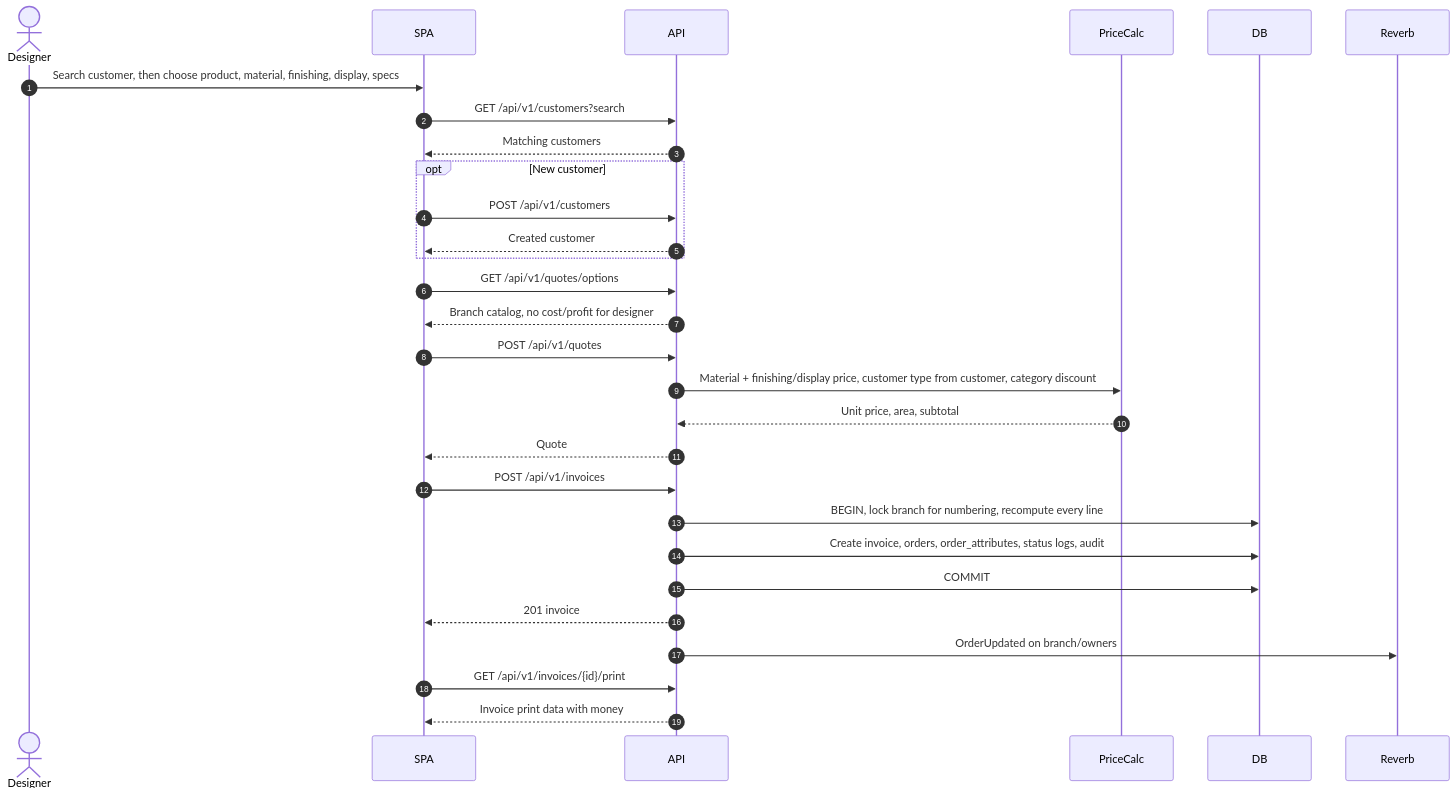
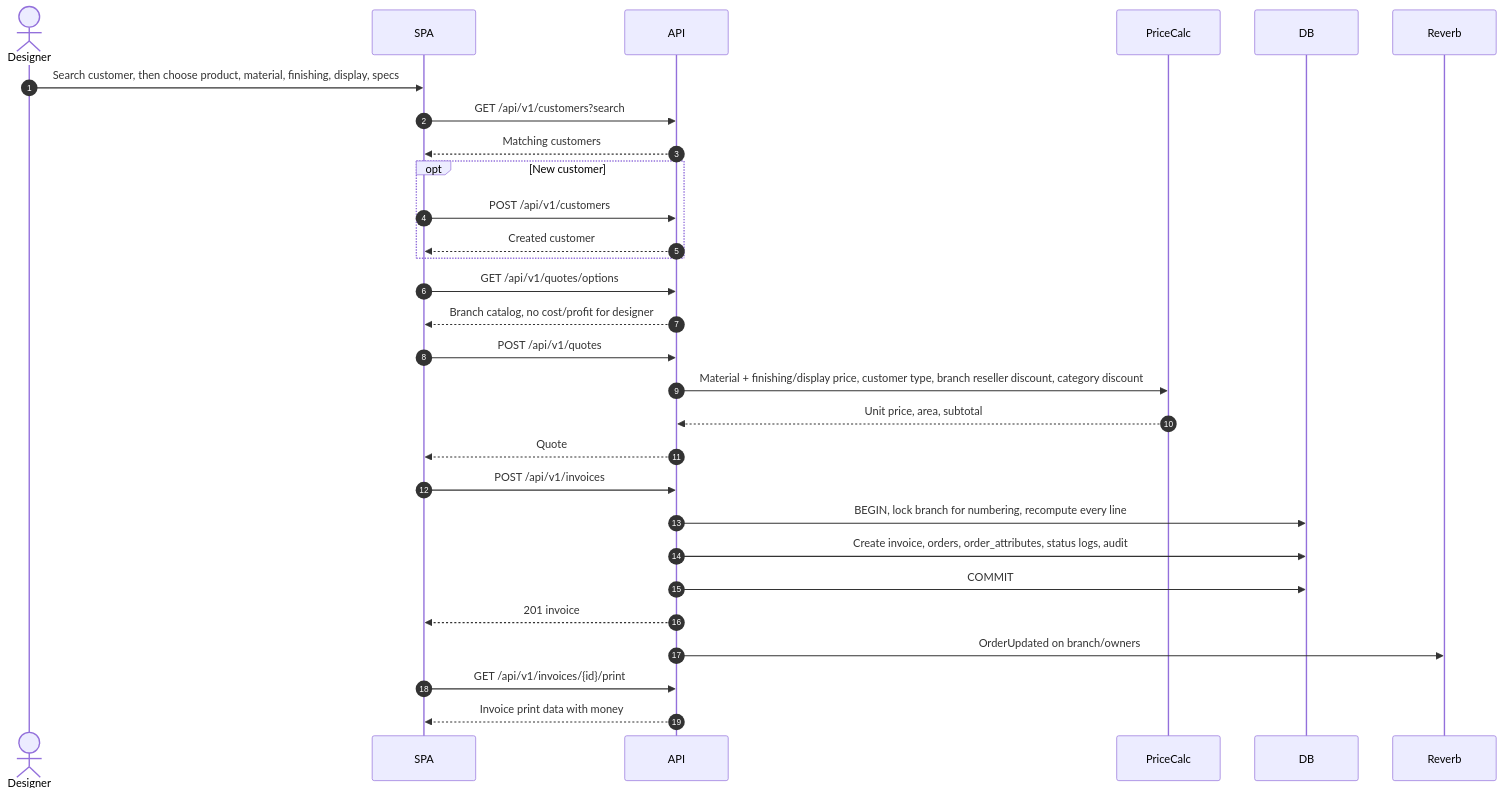
The fifth of 21 diagrams in docs/architecture/sequence-diagrams.md (Arukast/pos_alja), drawn with Mermaid before and after one commit. The commit also changed 12 other files, not shown here.

Commit message:
docs: define reseller discount source and propagation

````diff
--- a/docs/architecture/sequence-diagrams.md
+++ b/docs/architecture/sequence-diagrams.md
@@ -112,32 +112,32 @@
 ```mermaid
 sequenceDiagram
     autonumber
     actor D as Designer
     participant SPA
     participant API
     participant PriceCalc
     participant DB
     participant R as Reverb
 
     D->>SPA: Search customer, then choose product, material, finishing, display, specs
     SPA->>API: GET /api/v1/customers?search
     API-->>SPA: Matching customers
     opt New customer
         SPA->>API: POST /api/v1/customers
         API-->>SPA: Created customer
     end
     SPA->>API: GET /api/v1/quotes/options
     API-->>SPA: Branch catalog, no cost/profit for designer
     SPA->>API: POST /api/v1/quotes
-    API->>PriceCalc: Material + finishing/display price, customer type from customer, category discount
+    API->>PriceCalc: Material + finishing/display price, customer type, branch reseller discount, category discount
     PriceCalc-->>API: Unit price, area, subtotal
     API-->>SPA: Quote
     SPA->>API: POST /api/v1/invoices
     API->>DB: BEGIN, lock branch for numbering, recompute every line
     API->>DB: Create invoice, orders, order_attributes, status logs, audit
     API->>DB: COMMIT
     API-->>SPA: 201 invoice
     API->>R: OrderUpdated on branch/owners
     SPA->>API: GET /api/v1/invoices/{id}/print
     API-->>SPA: Invoice print data with money
 ```
````
